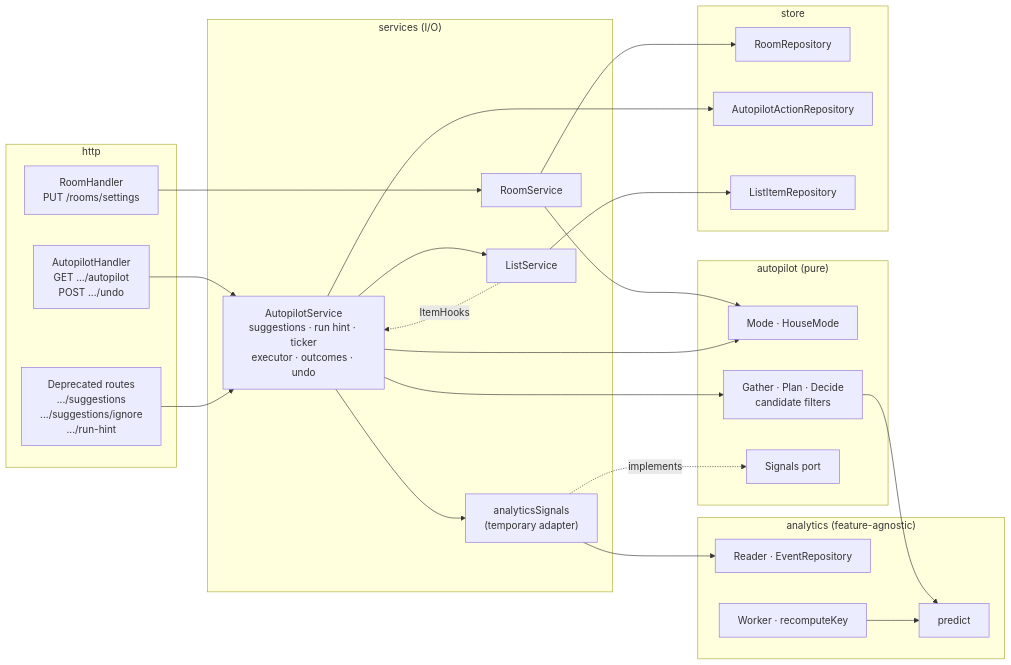
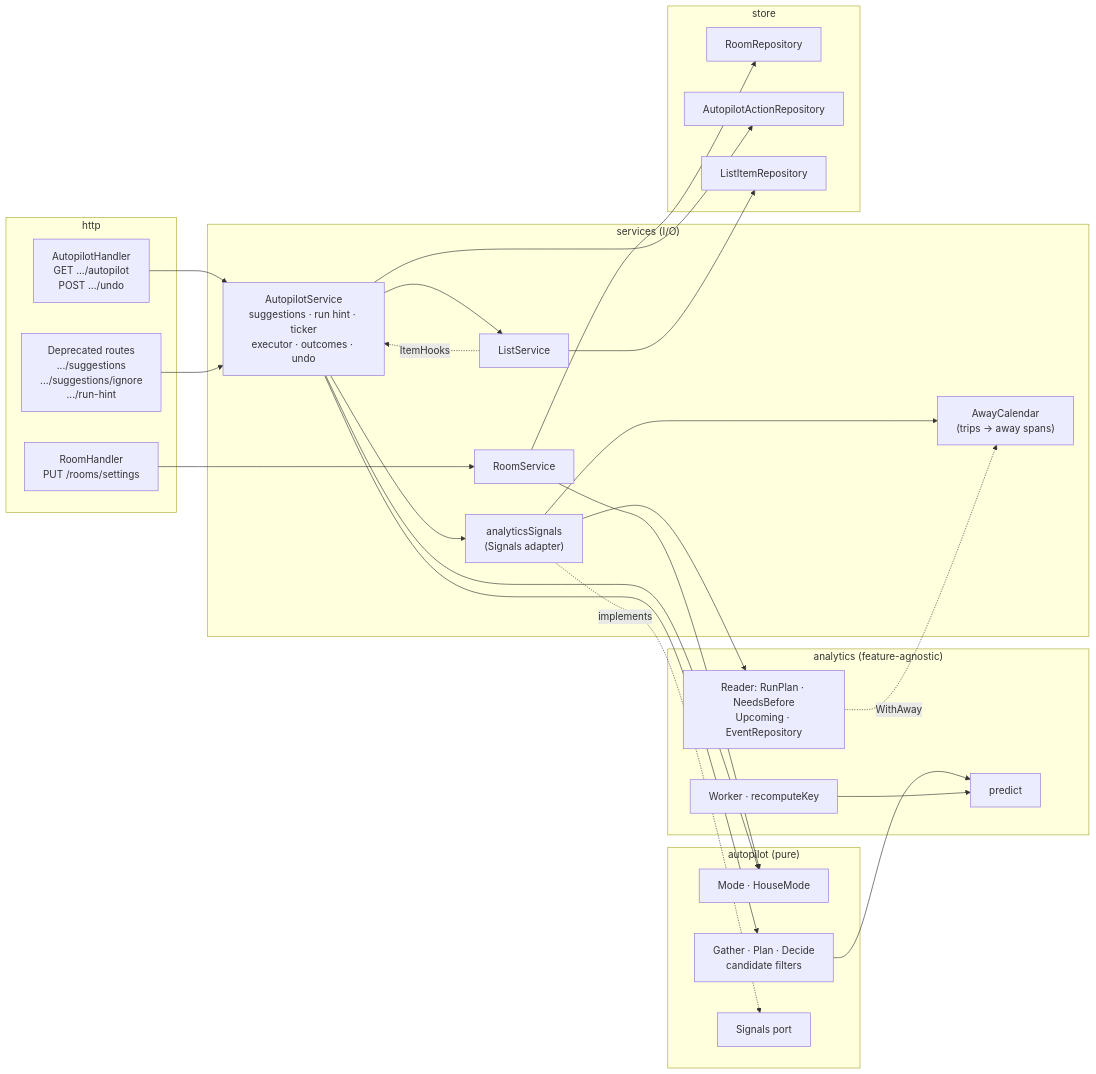
One commit to janvillarosa/gracie-app changed the first of 11 diagrams in docs/superpowers/plans/2026-10-17-autopilot-engine.md. Above: the diagram before and after it, drawn with Mermaid. The commit also changed other lines of this file, not shown here.

Commit message:
docs(autopilot): plan v4, build on the merged analytics anticipation

````diff
--- a/docs/superpowers/plans/2026-10-17-autopilot-engine.md
+++ b/docs/superpowers/plans/2026-10-17-autopilot-engine.md
@@ -50,45 +54,48 @@
 ```mermaid
 flowchart LR
     subgraph HTTP["http"]
         RH["RoomHandler<br/>PUT /rooms/settings"]
         AH["AutopilotHandler<br/>GET .../autopilot<br/>POST .../undo"]
         DH["Deprecated routes<br/>.../suggestions<br/>.../suggestions/ignore<br/>.../run-hint"]
     end
     subgraph SVC["services (I/O)"]
         RS["RoomService"]
         AS["AutopilotService<br/>suggestions · run hint · ticker<br/>executor · outcomes · undo"]
         LS["ListService"]
-        SA["analyticsSignals<br/>(temporary adapter)"]
+        SA["analyticsSignals<br/>(Signals adapter)"]
+        AWC["AwayCalendar<br/>(trips → away spans)"]
     end
     subgraph AP["autopilot (pure)"]
         MODE["Mode · HouseMode"]
         PLAN["Gather · Plan · Decide<br/>candidate filters"]
         SIG["Signals port"]
     end
     subgraph AN["analytics (feature-agnostic)"]
-        RD["Reader · EventRepository"]
+        RD["Reader: RunPlan · NeedsBefore<br/>Upcoming · EventRepository"]
         WK["Worker · recomputeKey"]
         PR["predict"]
     end
     subgraph ST["store"]
         RR["RoomRepository"]
         AR["AutopilotActionRepository"]
         IR["ListItemRepository"]
     end
     RH --> RS
     AH --> AS
     DH --> AS
     RS --> RR
     RS --> MODE
     AS --> MODE
     AS --> PLAN
     AS --> AR
     AS --> LS
     AS --> SA
     SA -. implements .-> SIG
     SA --> RD
+    SA --> AWC
+    RD -. WithAway .-> AWC
     LS --> IR
     LS -. ItemHooks .-> AS
     PLAN --> PR
     WK --> PR
 ```
````
